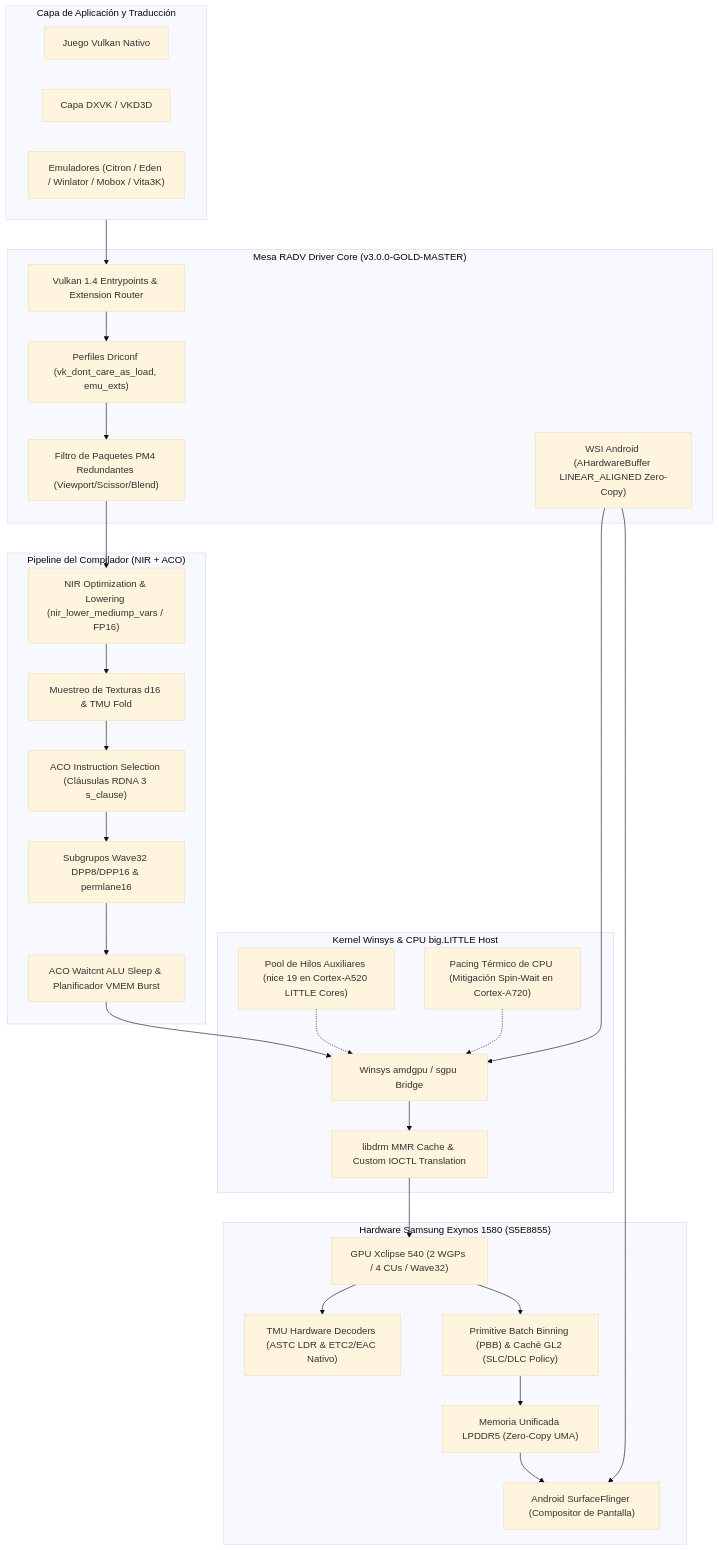
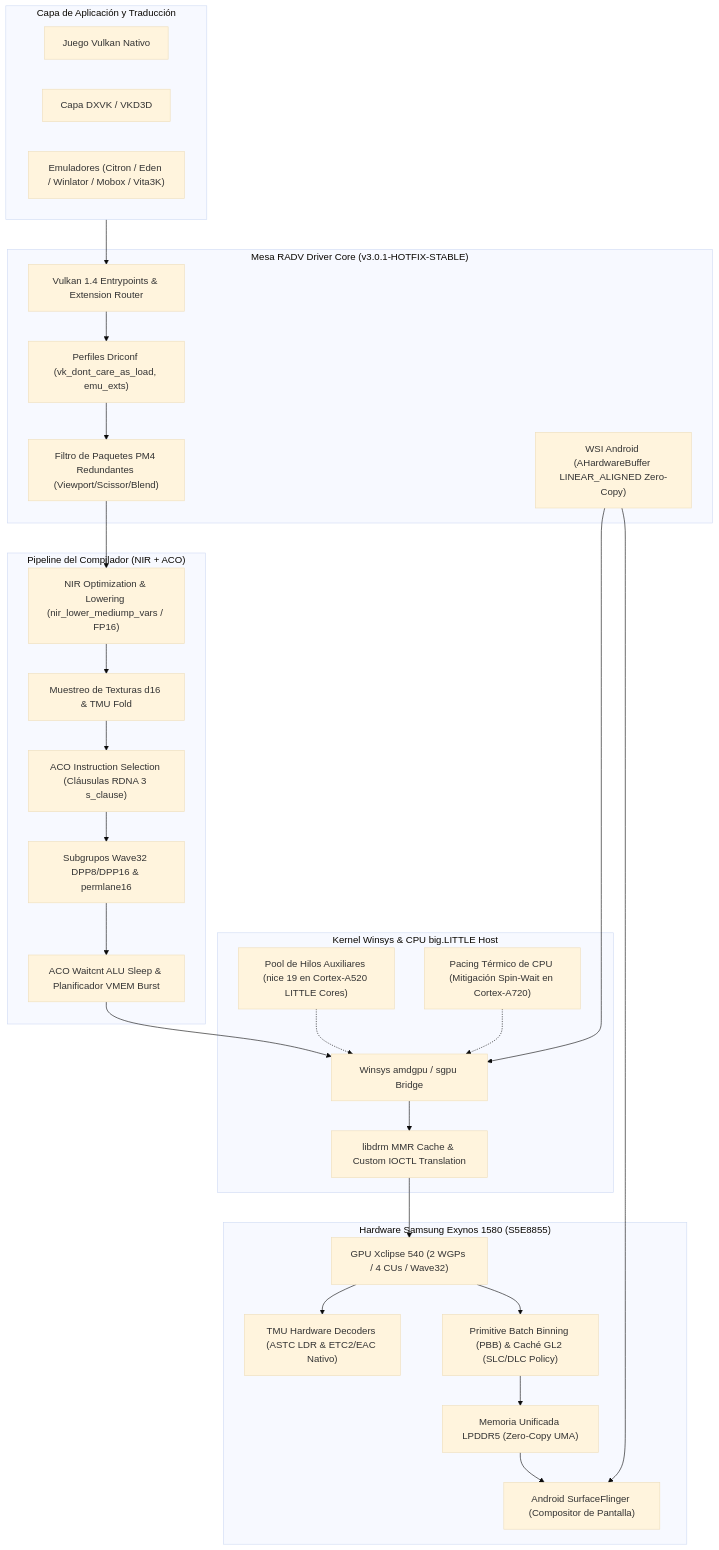
One commit to sepuro/radv-xclipse changed the diagram in README.md. Above: the diagram before and after it, drawn with Mermaid (base theme). The commit also changed other lines of this file and 2 other files, not shown here.

Commit message:
fix(ariel): revert broken WSI/extension patches 24-27 and restore Gold Master startup stability in v3.0.1

````diff
--- a/README.md
+++ b/README.md
@@ -28,55 +28,55 @@
 ```mermaid
 flowchart TD
     subgraph APP["Capa de Aplicación y Traducción"]
         A1["Juego Vulkan Nativo"] 
         A2["Capa DXVK / VKD3D"] 
         A3["Emuladores (Citron / Eden / Winlator / Mobox / Vita3K)"]
     end
 
-    subgraph DRIVER["Mesa RADV Driver Core (v3.0.0-GOLD-MASTER)"]
+    subgraph DRIVER["Mesa RADV Driver Core (v3.0.1-HOTFIX-STABLE)"]
         B1["Vulkan 1.4 Entrypoints & Extension Router"]
         B2["Perfiles Driconf (vk_dont_care_as_load, emu_exts)"]
         B3["Filtro de Paquetes PM4 Redundantes (Viewport/Scissor/Blend)"]
         B4["WSI Android (AHardwareBuffer LINEAR_ALIGNED Zero-Copy)"]
     end
 
     subgraph COMPILER["Pipeline del Compilador (NIR + ACO)"]
         C1["NIR Optimization & Lowering (nir_lower_mediump_vars / FP16)"]
         C2["Muestreo de Texturas d16 & TMU Fold"]
         C3["ACO Instruction Selection (Cláusulas RDNA 3 s_clause)"]
         C4["Subgrupos Wave32 DPP8/DPP16 & permlane16"]
         C5["ACO Waitcnt ALU Sleep & Planificador VMEM Burst"]
     end
 
     subgraph SYSTEM["Kernel Winsys & CPU big.LITTLE Host"]
         D1["Winsys amdgpu / sgpu Bridge"]
         D2["libdrm MMR Cache & Custom IOCTL Translation"]
         D3["Pool de Hilos Auxiliares (nice 19 en Cortex-A520 LITTLE Cores)"]
         D4["Pacing Térmico de CPU (Mitigación Spin-Wait en Cortex-A720)"]
     end
 
     subgraph HARDWARE["Hardware Samsung Exynos 1580 (S5E8855)"]
         E1["GPU Xclipse 540 (2 WGPs / 4 CUs / Wave32)"]
         E2["TMU Hardware Decoders (ASTC LDR & ETC2/EAC Nativo)"]
         E3["Primitive Batch Binning (PBB) & Caché GL2 (SLC/DLC Policy)"]
         E4["Memoria Unificada LPDDR5 (Zero-Copy UMA)"]
         E5["Android SurfaceFlinger (Compositor de Pantalla)"]
     end
 
     APP --> B1
     B1 --> B2
     B2 --> B3
     B3 --> C1
     C1 --> C2 --> C3 --> C4 --> C5
     C5 --> D1
     B4 --> D1
     D1 --> D2
     D3 -.-> D1
     D4 -.-> D1
     D2 --> E1
     E1 --> E2
     E1 --> E3
     E3 --> E4
     B4 --> E5
     E4 --> E5
 ```
````
